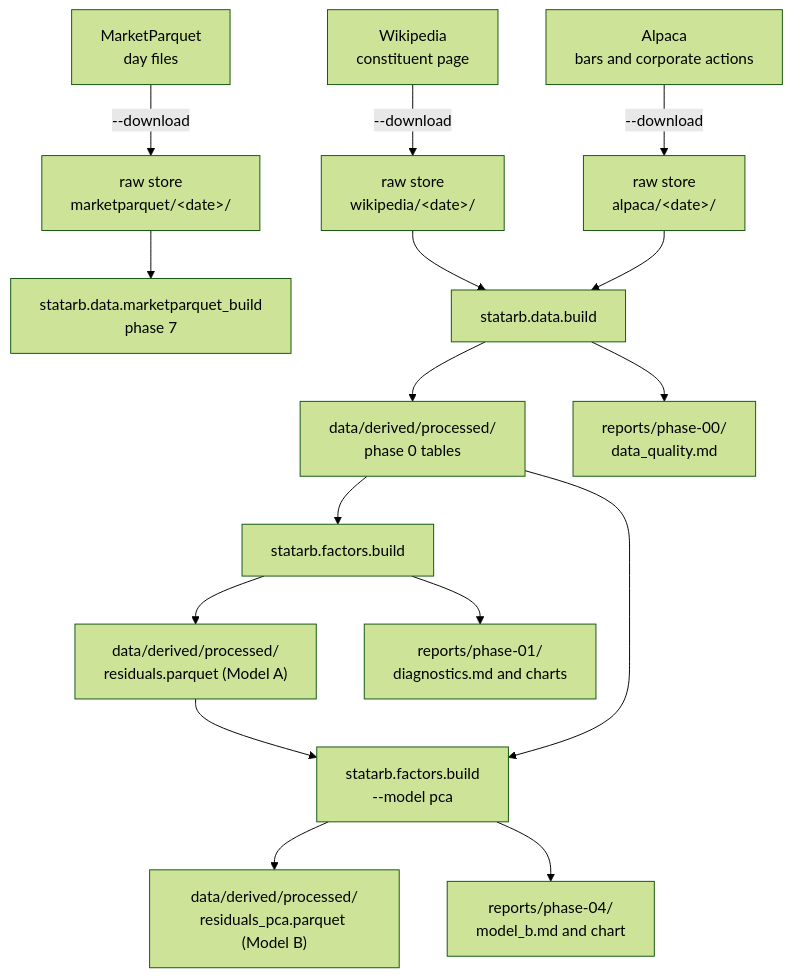
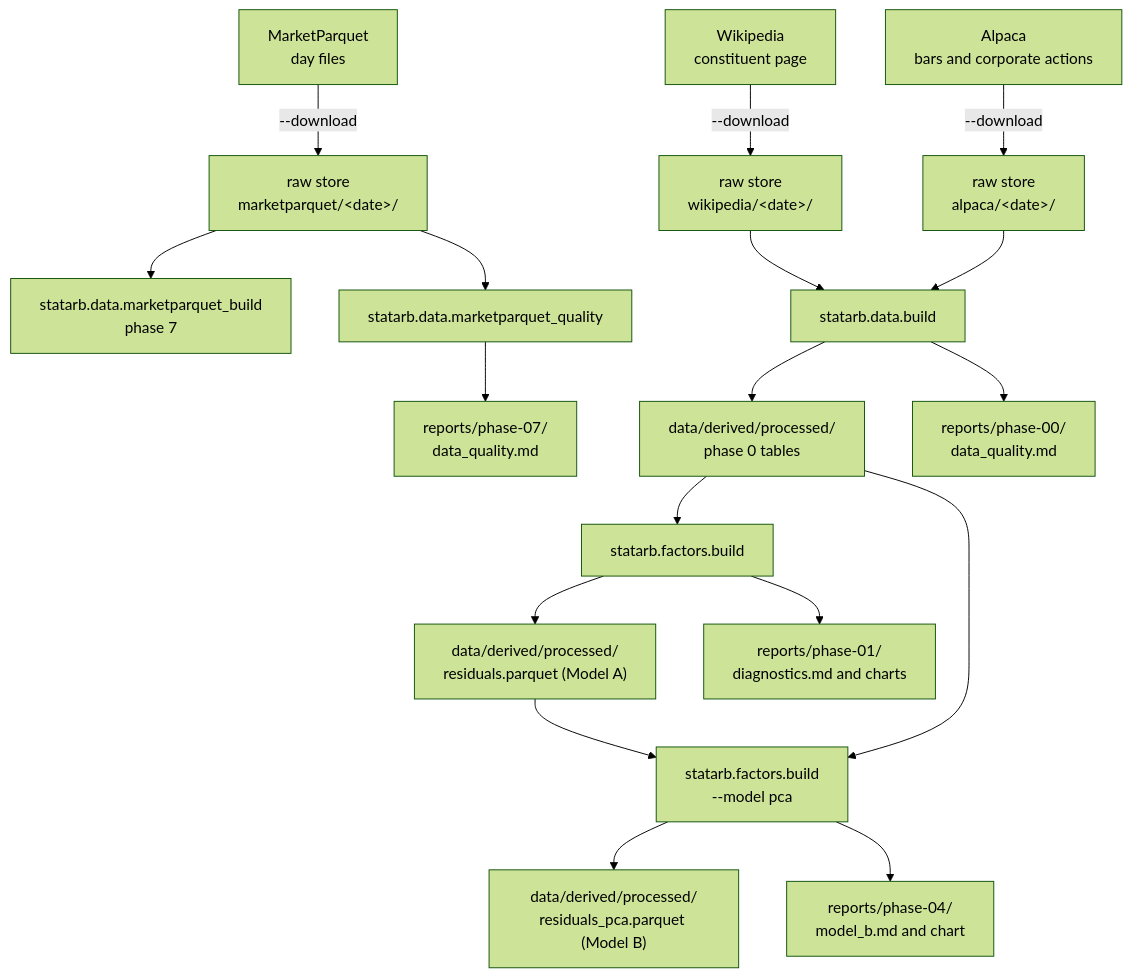
Before and after one commit to tcrossland/stat-arb-from-scratch: the first of 3 diagrams in docs/architecture.md, drawn with Mermaid (forest theme). The commit also changed other lines of this file and 8 other files, not shown here.

First line of the commit message:
feat(data): add the quality report on MarketParquet's day files

````diff
--- a/docs/architecture.md
+++ b/docs/architecture.md
@@ -9,18 +9,20 @@
 ```mermaid
 flowchart TB
     W["Wikipedia<br/>constituent page"] -->|--download| RW["raw store<br/>wikipedia/&lt;date&gt;/"]
     A["Alpaca<br/>bars and corporate actions"] -->|--download| RA["raw store<br/>alpaca/&lt;date&gt;/"]
     M["MarketParquet<br/>day files"] -->|--download| RM["raw store<br/>marketparquet/&lt;date&gt;/"]
     RM --> MB["statarb.data.marketparquet_build<br/>phase 7"]
+    RM --> MQ["statarb.data.marketparquet_quality"]
+    MQ --> QM["reports/phase-07/<br/>data_quality.md"]
     RW --> B["statarb.data.build"]
     RA --> B
     B --> P["data/derived/processed/<br/>phase 0 tables"]
     B --> Q["reports/phase-00/<br/>data_quality.md"]
     P --> F["statarb.factors.build"]
     F --> RS["data/derived/processed/<br/>residuals.parquet (Model A)"]
     F --> FR["reports/phase-01/<br/>diagnostics.md and charts"]
     RS --> FB["statarb.factors.build<br/>--model pca"]
     P --> FB
     FB --> RB["data/derived/processed/<br/>residuals_pca.parquet (Model B)"]
     FB --> FBR["reports/phase-04/<br/>model_b.md and chart"]
 ```
````
